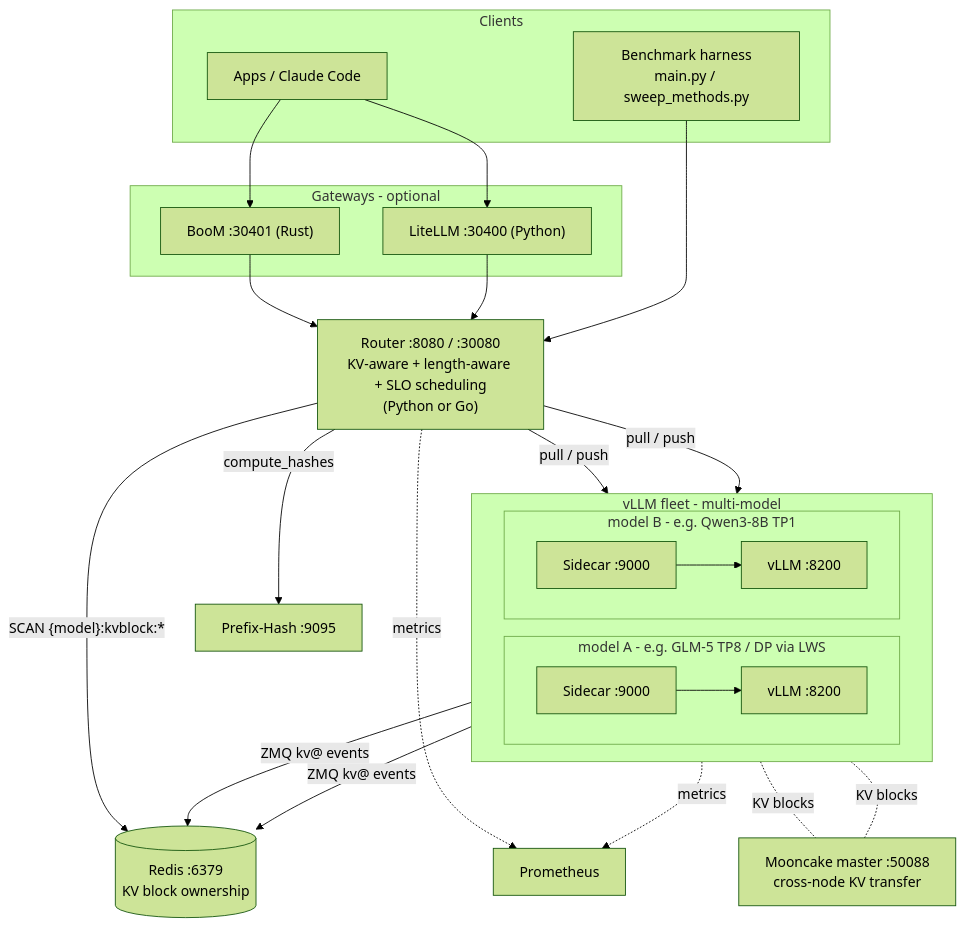
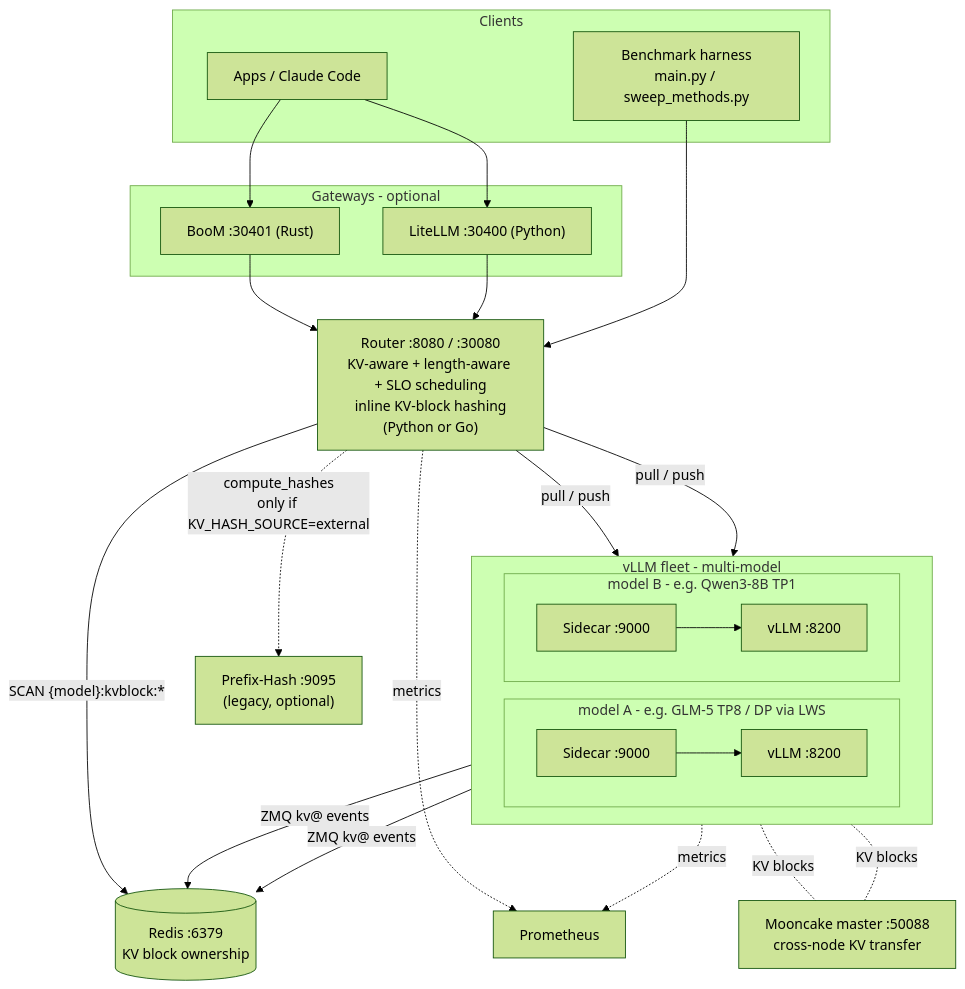
One commit to immengzi/LLM-LA changed the diagram in README.md. Above: the diagram before and after it, drawn with Mermaid (forest theme). The commit also changed other lines of this file, not shown here.

Commit message:
docs(readme): make front-page architecture figure inline-first
The README big-picture diagram still showed the standalone Prefix-Hash
service as the default. Route hashing inline in the router by default and
demote the external prefix-hash service to a dashed, optional legacy node
(KV_HASH_SOURCE=external), matching the architecture docs.

````diff
--- a/README.md
+++ b/README.md
@@ -24,43 +24,43 @@
 ```mermaid
 flowchart TB
   subgraph clients [Clients]
     Bench["Benchmark harness<br/>main.py / sweep_methods.py"]
     App["Apps / Claude Code"]
   end
 
   subgraph gw [Gateways - optional]
     BooM["BooM :30401 (Rust)"]
     LiteLLM["LiteLLM :30400 (Python)"]
   end
 
-  Router["Router :8080 / :30080<br/>KV-aware + length-aware + SLO scheduling<br/>(Python or Go)"]
-  Hash["Prefix-Hash :9095"]
+  Router["Router :8080 / :30080<br/>KV-aware + length-aware + SLO scheduling<br/>inline KV-block hashing<br/>(Python or Go)"]
+  Hash["Prefix-Hash :9095<br/>(legacy, optional)"]
   Redis[("Redis :6379<br/>KV block ownership")]
   Prom["Prometheus"]
 
   subgraph serving [vLLM fleet - multi-model]
     direction LR
     subgraph mA [model A - e.g. GLM-5 TP8 / DP via LWS]
       SA["Sidecar :9000"] --> VA["vLLM :8200"]
     end
     subgraph mB [model B - e.g. Qwen3-8B TP1]
       SB["Sidecar :9000"] --> VB["vLLM :8200"]
     end
   end
 
   Mooncake["Mooncake master :50088<br/>cross-node KV transfer"]
 
   App --> BooM --> Router
   App --> LiteLLM --> Router
   Bench --> Router
-  Router -->|compute_hashes| Hash
+  Router -. "compute_hashes<br/>only if KV_HASH_SOURCE=external" .-> Hash
   Router -->|"pull / push"| SA
   Router -->|"pull / push"| SB
   Router -->|"SCAN {model}:kvblock:*"| Redis
   SA -->|"ZMQ kv@ events"| Redis
   SB -->|"ZMQ kv@ events"| Redis
   VA -. KV blocks .- Mooncake
   VB -. KV blocks .- Mooncake
   Router -.->|metrics| Prom
   SA -.->|metrics| Prom
 ```
````
